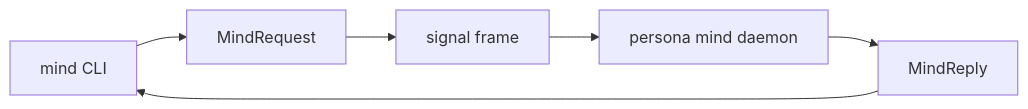
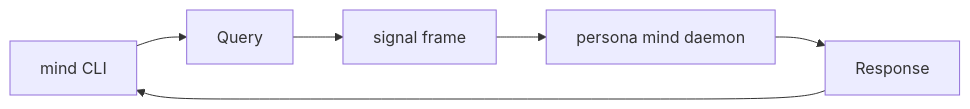
One commit to LiGoldragon/signal-mind changed the first of 2 diagrams in ARCHITECTURE.md. Above: the diagram before and after it, drawn with Mermaid. The commit also changed other lines of this file and 19 other files, not shown here.

````diff
--- a/ARCHITECTURE.md
+++ b/ARCHITECTURE.md
@@ -98,8 +98,8 @@
 ```mermaid
 flowchart LR
-    cli[mind CLI] --> request[MindRequest]
+    cli[mind CLI] --> request[Query]
     request --> frame[signal frame]
     frame --> daemon[persona mind daemon]
-    daemon --> reply[MindReply]
+    daemon --> reply[Response]
     reply --> cli
 ```
````
